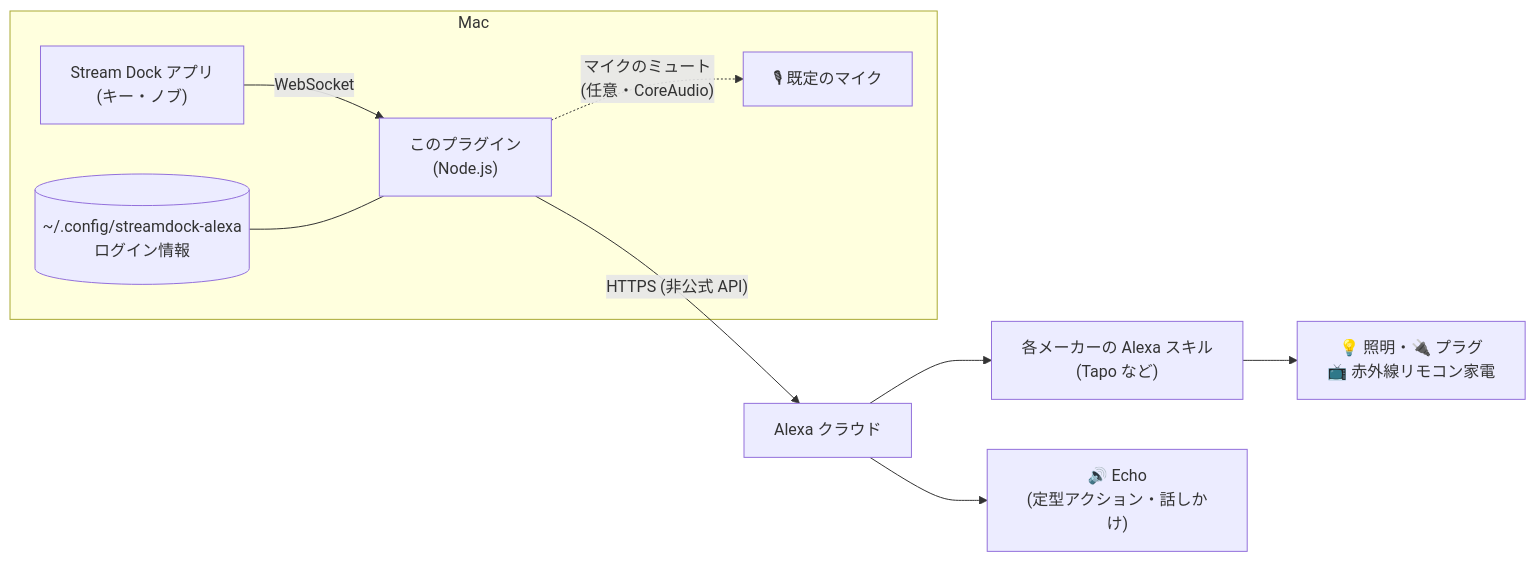
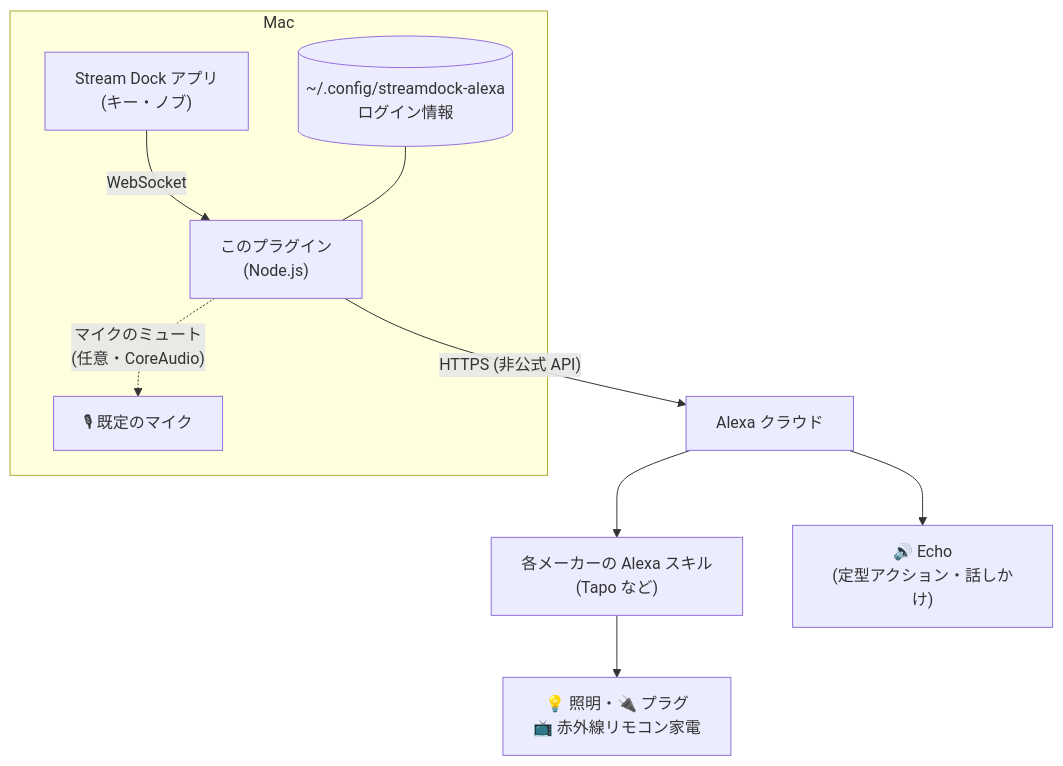
Before and after one commit to yahato2474/streamdock-alexa-smarthome: the first of 2 diagrams in README.md, drawn with Mermaid.

Commit message:
README: lay out the architecture diagram vertically for narrow screens

````diff
--- a/README.md
+++ b/README.md
@@ -55,12 +55,12 @@
 ```mermaid
-flowchart LR
+flowchart TB
     subgraph Mac
         SD["Stream Dock アプリ<br>(キー・ノブ)"] -- WebSocket --> PL["このプラグイン<br>(Node.js)"]
         PL -. "マイクのミュート<br>(任意・CoreAudio)" .-> MIC["🎙 既定のマイク"]
         TOK[("~/.config/streamdock-alexa<br>ログイン情報")] --- PL
     end
     PL -- "HTTPS (非公式 API)" --> AX["Alexa クラウド"]
     AX --> SK["各メーカーの Alexa スキル<br>(Tapo など)"]
     SK --> DEV["💡 照明・🔌 プラグ<br>📺 赤外線リモコン家電"]
     AX --> ECHO["🔊 Echo<br>(定型アクション・話しかけ)"]
 ```
````
